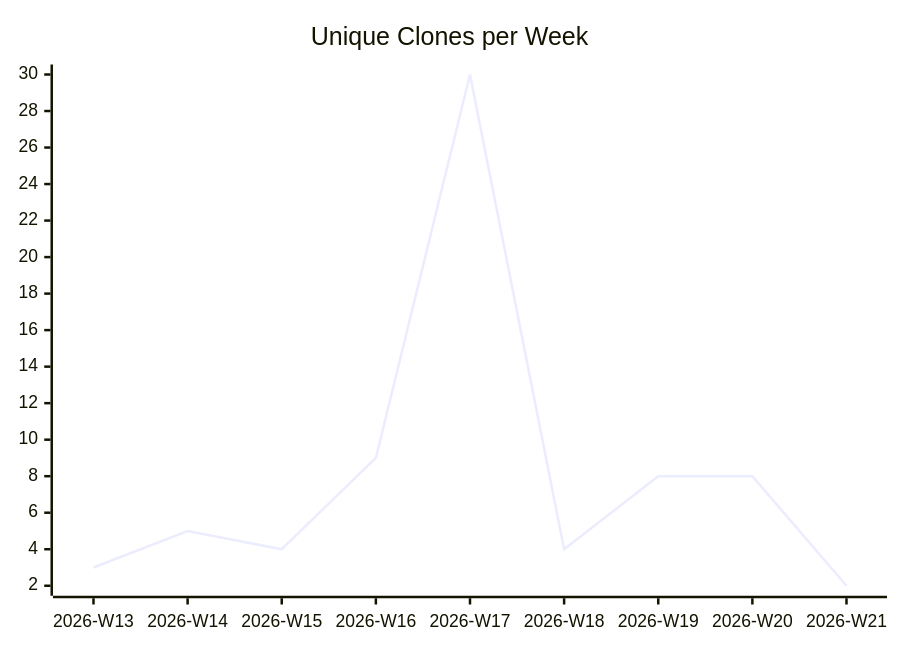
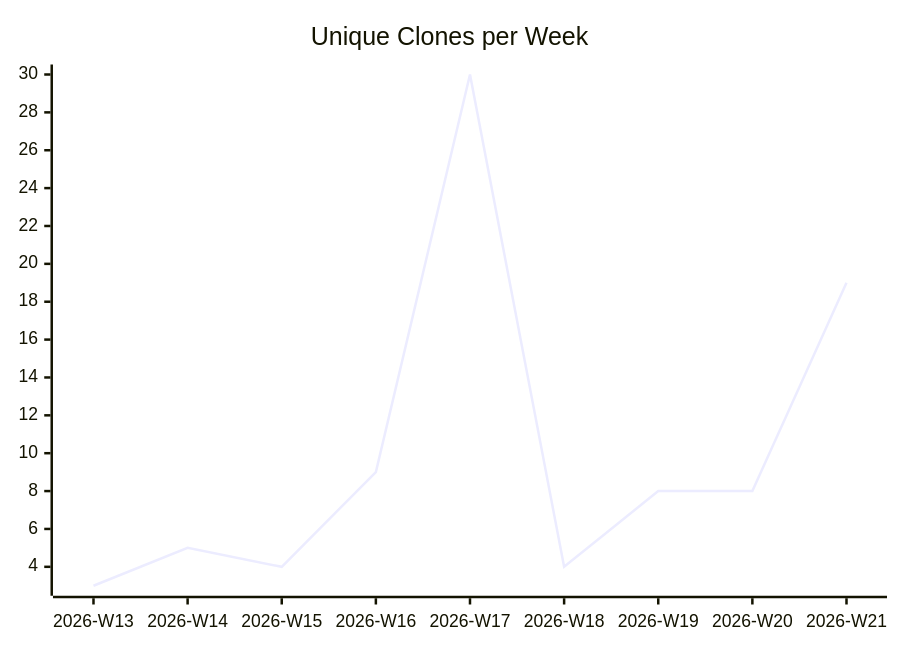
The third of 3 diagrams in karlmdavis/dotfiles/README.md (justdavis-family/github-analytics-data), drawn with Mermaid before and after one commit. The commit also changed other lines of this file and 187 other files, not shown here.

````diff
--- a/karlmdavis/dotfiles/README.md
+++ b/karlmdavis/dotfiles/README.md
@@ -19,6 +19,6 @@
 ```mermaid
 xychart-beta
   title "Unique Clones per Week"
   x-axis ["2026-W13", "2026-W14", "2026-W15", "2026-W16", "2026-W17", "2026-W18", "2026-W19", "2026-W20", "2026-W21"]
-  line [3, 5, 4, 9, 30, 4, 8, 8, 2]
+  line [3, 5, 4, 9, 30, 4, 8, 8, 19]
 ```
````
